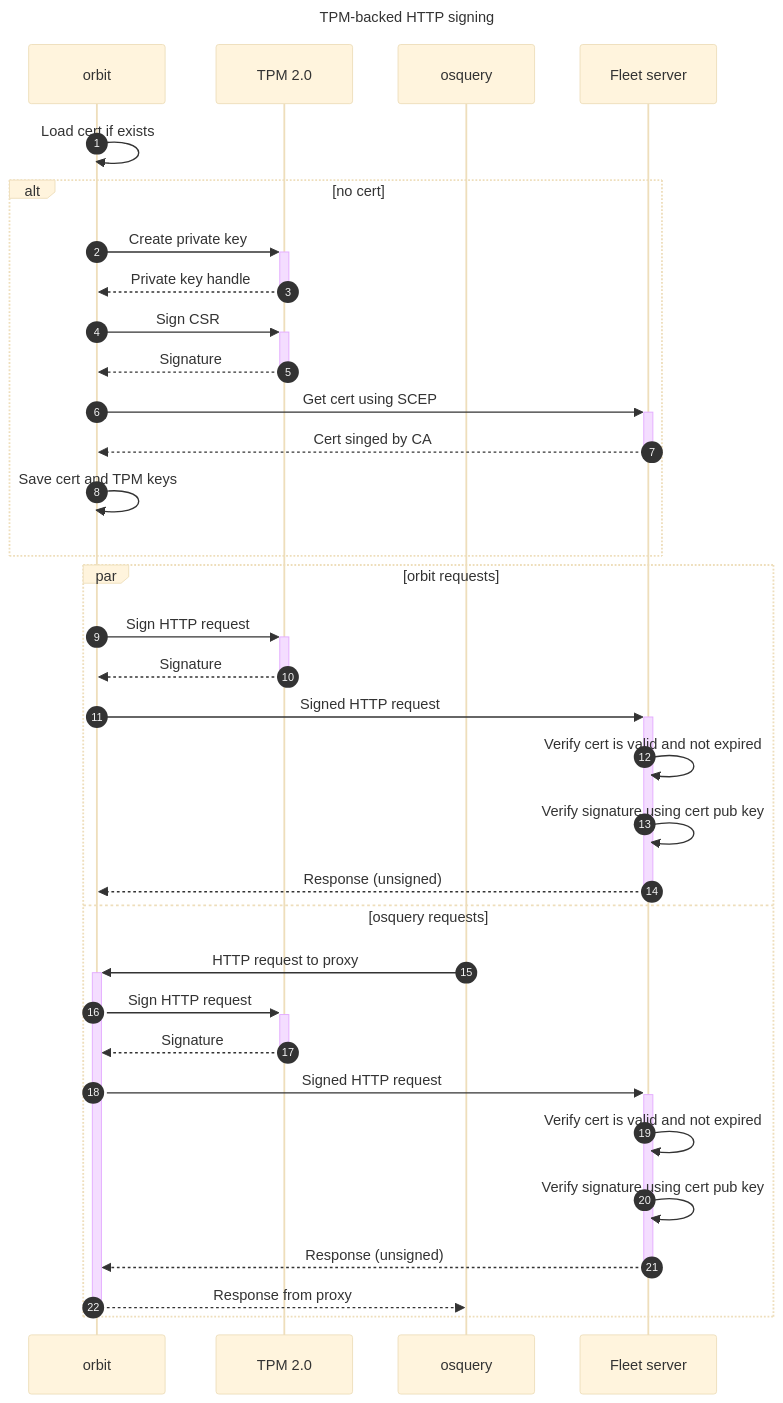
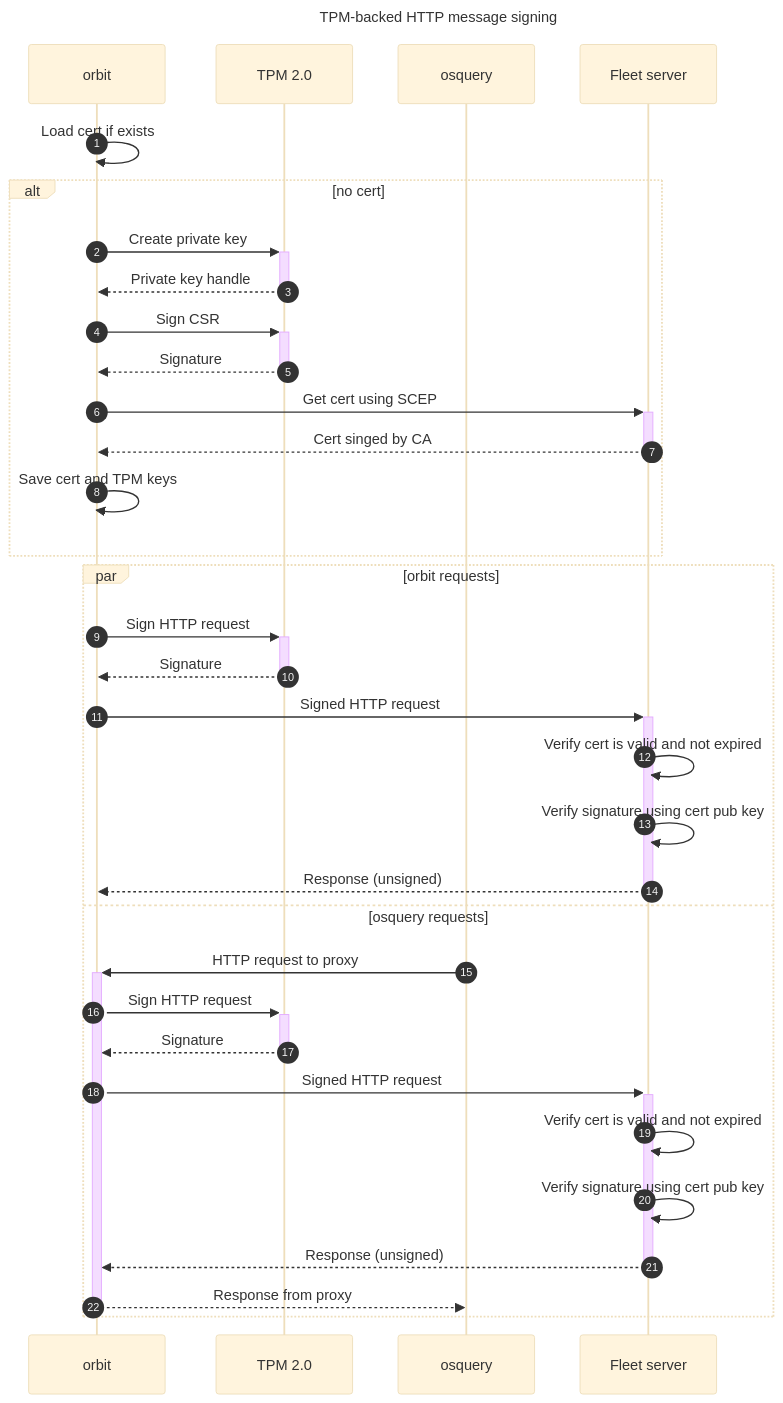
Before and after one commit to fleetdm/fleet: the second of 2 diagrams in docs/Contributing/product-groups/orchestration/tpm-backed-http-signing.md, drawn with Mermaid (base theme). The commit also changed other lines of this file, not shown here.

````diff
--- a/docs/Contributing/product-groups/orchestration/tpm-backed-http-signing.md
+++ b/docs/Contributing/product-groups/orchestration/tpm-backed-http-signing.md
@@ -87,38 +87,38 @@
 ```mermaid
 ---
-title: TPM-backed HTTP signing
+title: TPM-backed HTTP message signing
 ---
 sequenceDiagram
     autonumber
     participant orbit
     participant tpm as TPM 2.0
     participant osquery
     participant server as Fleet server
     orbit->>orbit: Load cert if exists
     alt no cert
        orbit->>+tpm: Create private key
        tpm-->>-orbit: Private key handle
        orbit->>+tpm: Sign CSR
        tpm-->>-orbit: Signature
        orbit->>+server: Get cert using SCEP
        server-->>-orbit: Cert singed by CA
        orbit->>orbit: Save cert and TPM keys
     end
     par orbit requests
        orbit->>+tpm: Sign HTTP request
        tpm-->>-orbit: Signature
        orbit->>+server: Signed HTTP request
        server->>server: Verify cert is valid and not expired
        server->>server: Verify signature using cert pub key
        server-->>-orbit: Response (unsigned)
     and osquery requests
        osquery->>+orbit: HTTP request to proxy
        orbit->>+tpm: Sign HTTP request
        tpm-->>-orbit: Signature
        orbit->>+server: Signed HTTP request
        server->>server: Verify cert is valid and not expired
        server->>server: Verify signature using cert pub key
        server-->>-orbit: Response (unsigned)
        orbit-->>-osquery: Response from proxy
     end
 ```
````
